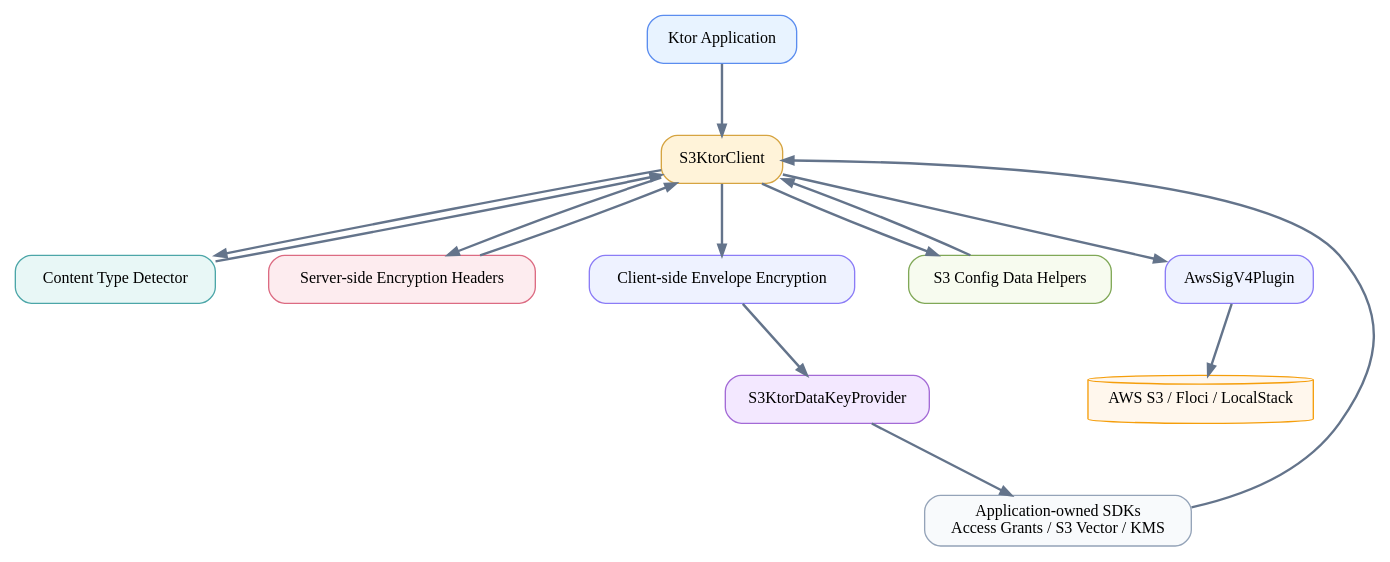
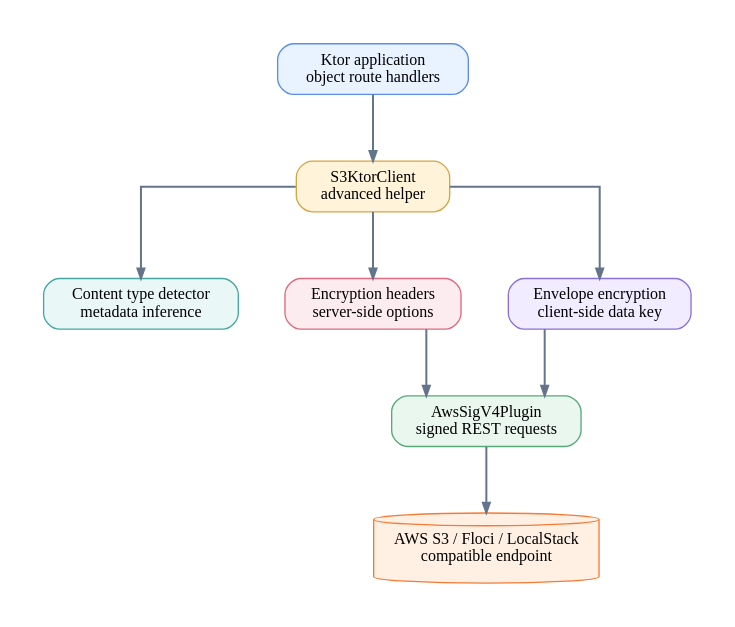
The diagram in docs/images/readme-diagrams/aws-ktor-s3-advanced-architecture-01.dot (bluetape4k/bluetape4k-aws), drawn with Graphviz before and after one commit. The commit also changed 92 other files, not shown here.

First line of the commit message:
docs: repair README diagram checklist compliance

```diff
--- a/docs/images/readme-diagrams/aws-ktor-s3-advanced-architecture-01.dot
+++ b/docs/images/readme-diagrams/aws-ktor-s3-advanced-architecture-01.dot
@@ -1,30 +1,19 @@
-digraph AwsKtorS3AdvancedArchitecture {
-  graph [rankdir=TB, bgcolor="#ffffff", nodesep=0.55, ranksep=0.75]
-  node [shape=box, style="rounded,filled", fontname="Architects Daughter", fontsize=12, margin="0.14,0.08"]
-  edge [color="#64748b", penwidth=1.8, arrowsize=0.8]
-
-  app [label="Ktor Application", fillcolor="#e8f3ff", color="#5b8def"]
-  client [label="S3KtorClient", fillcolor="#fff3d9", color="#d6a441"]
-  detector [label="Content Type Detector", fillcolor="#e8f7f6", color="#4ca6a8"]
-  sse [label="Server-side Encryption Headers", fillcolor="#fdecef", color="#dc6b82"]
-  cse [label="Client-side Envelope Encryption", fillcolor="#eef2ff", color="#8b7cf6"]
-  datakey [label="S3KtorDataKeyProvider", fillcolor="#f3e8ff", color="#a36ad6"]
-  config [label="S3 Config Data Helpers", fillcolor="#f7fbef", color="#80a857"]
-  sigv4 [label="AwsSigV4Plugin", fillcolor="#eef2ff", color="#8b7cf6"]
-  s3 [label="AWS S3 / Floci / LocalStack", shape=cylinder, fillcolor="#fff7ed", color="#f59e0b"]
-  optional [label="Application-owned SDKs\nAccess Grants / S3 Vector / KMS", fillcolor="#f8fafc", color="#94a3b8"]
-
+digraph aws_ktor_s3_advanced_architecture_01 {
+  graph [rankdir=TB, bgcolor="#ffffff", pad=0.35, nodesep=0.48, ranksep=0.70, splines=ortho]
+  node [shape=box, style="rounded,filled", fontname="Architects Daughter", fontsize=12, margin="0.14,0.09", color="#94a3b8", fillcolor="#f8fafc"]
+  edge [fontname="Comic Mono", fontsize=10, color="#64748b", penwidth=1.5, arrowsize=0.75]
+  app [label="Ktor application\nobject route handlers", fillcolor="#E8F3FF", color="#5B8DEF"]
+  client [label="S3KtorClient\nadvanced helper", fillcolor="#FFF3D9", color="#D6A441"]
+  detect [label="Content type detector\nmetadata inference", fillcolor="#E9F7F6", color="#45A7A1"]
+  headers [label="Encryption headers\nserver-side options", fillcolor="#FDECEF", color="#DC6B82"]
+  envelope [label="Envelope encryption\nclient-side data key", fillcolor="#F1ECFF", color="#8A72D6"]
+  sigv4 [label="AwsSigV4Plugin\nsigned REST requests", fillcolor="#EAF7EF", color="#58A978"]
+  s3 [label="AWS S3 / Floci / LocalStack\ncompatible endpoint", fillcolor="#FFF0E3", color="#F47B36", shape=cylinder]
   app -> client
-  client -> detector
-  client -> sse
-  client -> cse
-  cse -> datakey
-  client -> config
-  client -> sigv4
+  client -> detect
+  client -> headers
+  client -> envelope
+  headers -> sigv4
+  envelope -> sigv4
   sigv4 -> s3
-  detector -> client
-  sse -> client
-  config -> client
-  datakey -> optional
-  optional -> client
 }
```
